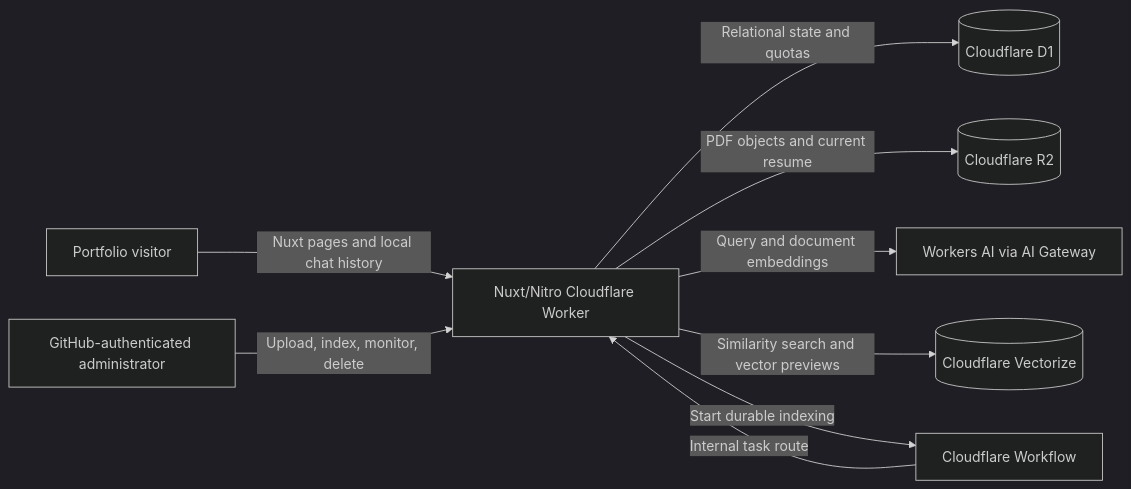
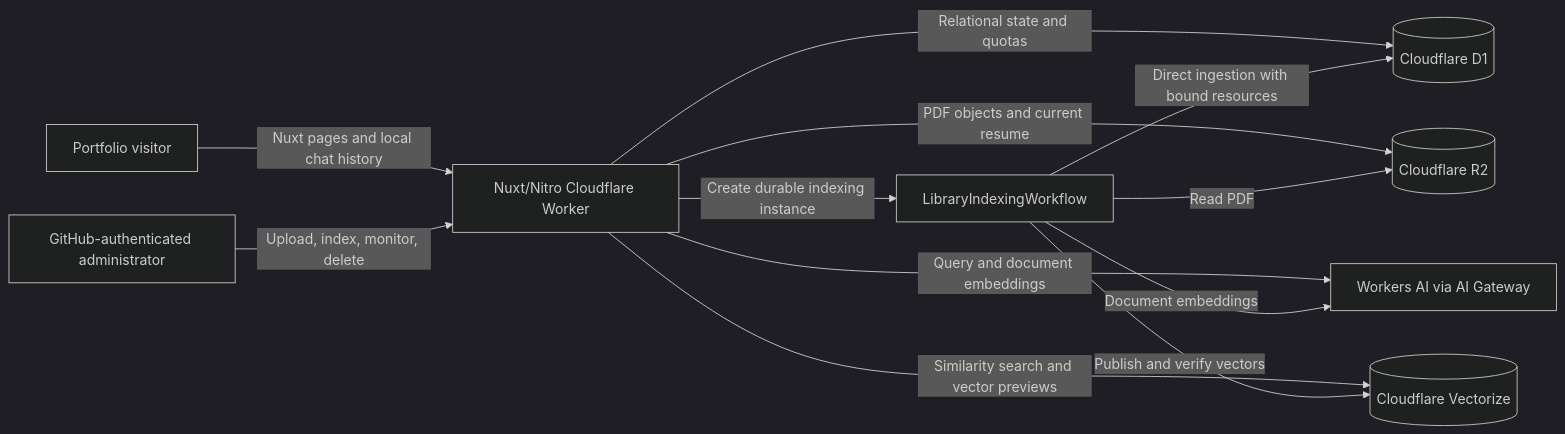
The diagram in docs/TECHNICAL_DOCUMENTATION.md (Beanmommo/leonardoprasetyo), drawn with Mermaid (dark theme) before and after one commit. The commit also changed other lines of this file and 1 other file, not shown here.

````diff
--- a/docs/TECHNICAL_DOCUMENTATION.md
+++ b/docs/TECHNICAL_DOCUMENTATION.md
@@ -28,12 +28,15 @@
 ```mermaid
 flowchart LR
     Visitor[Portfolio visitor] -->|Nuxt pages and local chat history| Worker[Nuxt/Nitro Cloudflare Worker]
     Admin[GitHub-authenticated administrator] -->|Upload, index, monitor, delete| Worker
 
     Worker -->|Relational state and quotas| D1[(Cloudflare D1)]
     Worker -->|PDF objects and current resume| R2[(Cloudflare R2)]
     Worker -->|Query and document embeddings| AI[Workers AI via AI Gateway]
     Worker -->|Similarity search and vector previews| Vectorize[(Cloudflare Vectorize)]
-    Worker -->|Start durable indexing| Workflow[Cloudflare Workflow]
-    Workflow -->|Internal task route| Worker
+    Worker -->|Create durable indexing instance| Workflow[LibraryIndexingWorkflow]
+    Workflow -->|Direct ingestion with bound resources| D1
+    Workflow -->|Read PDF| R2
+    Workflow -->|Document embeddings| AI
+    Workflow -->|Publish and verify vectors| Vectorize
 ```
````
